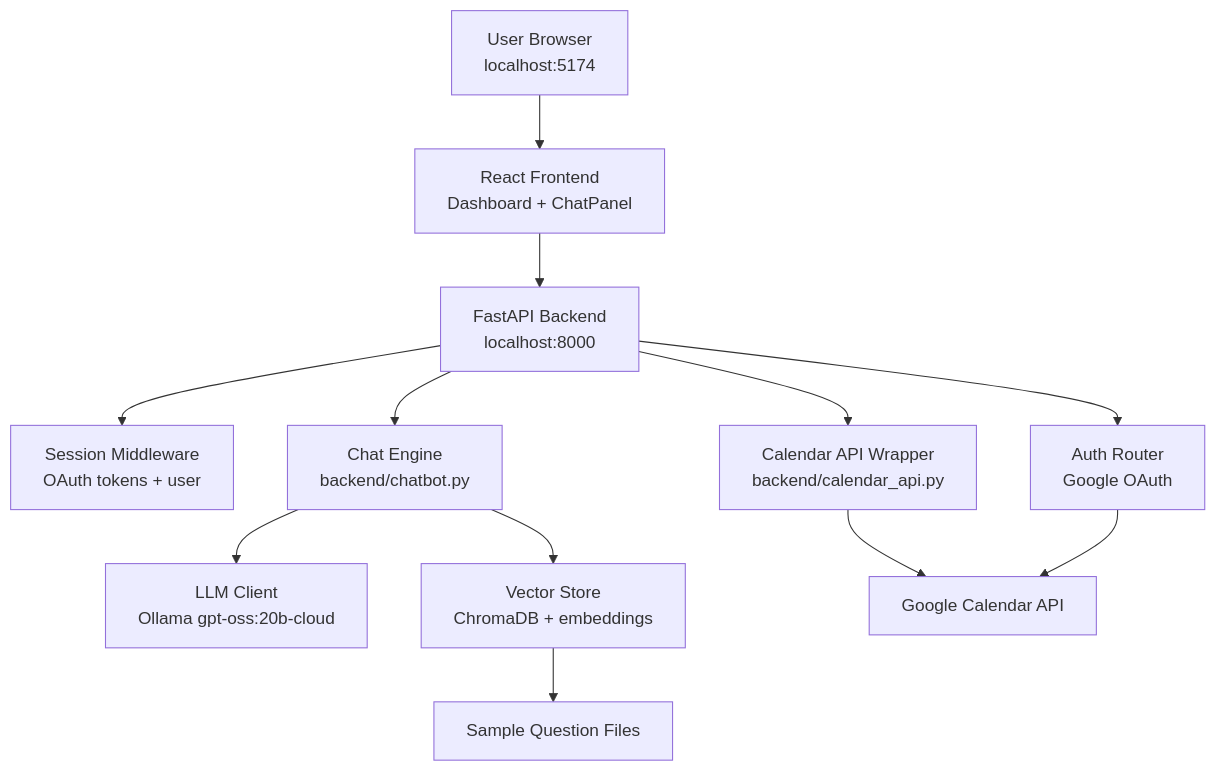
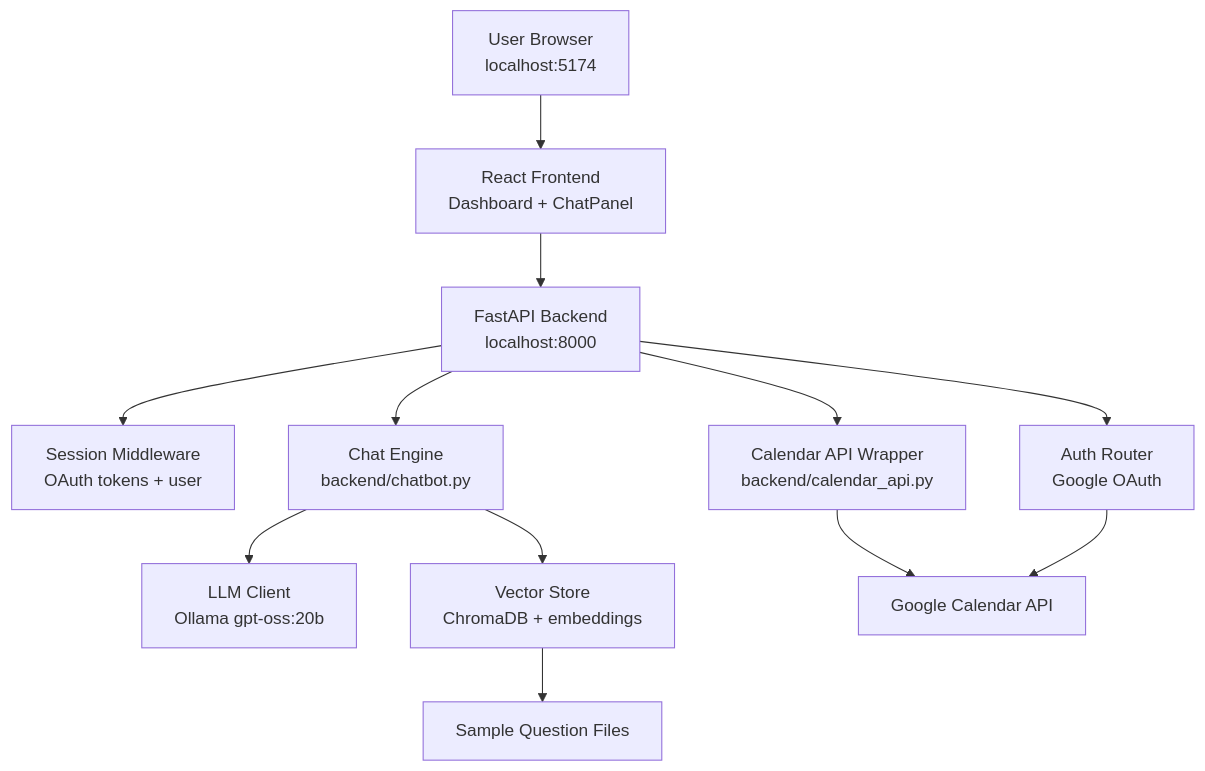
Before and after one commit to rishabrkb123-collab/google-calendar-rag-chatbot: the first of 6 diagrams in PROJECT_DOCUMENTATION.md, drawn with Mermaid. The commit also changed other lines of this file and 11 other files, not shown here.

Commit message:
fix: align Render defaults with Ollama Cloud

````diff
--- a/PROJECT_DOCUMENTATION.md
+++ b/PROJECT_DOCUMENTATION.md
@@ -215,14 +215,14 @@
 ```mermaid
 flowchart TD
     U[User Browser<br/>localhost:5174] --> F[React Frontend<br/>Dashboard + ChatPanel]
     F --> B[FastAPI Backend<br/>localhost:8000]
     B --> S[Session Middleware<br/>OAuth tokens + user]
     B --> A[Auth Router<br/>Google OAuth]
     B --> C[Calendar API Wrapper<br/>backend/calendar_api.py]
     B --> H[Chat Engine<br/>backend/chatbot.py]
-    H --> L[LLM Client<br/>Ollama gpt-oss:20b-cloud]
+    H --> L[LLM Client<br/>Ollama gpt-oss:20b]
     H --> V[Vector Store<br/>ChromaDB + embeddings]
     V --> Q[Sample Question Files]
     C --> G[Google Calendar API]
     A --> G
 ```
````
